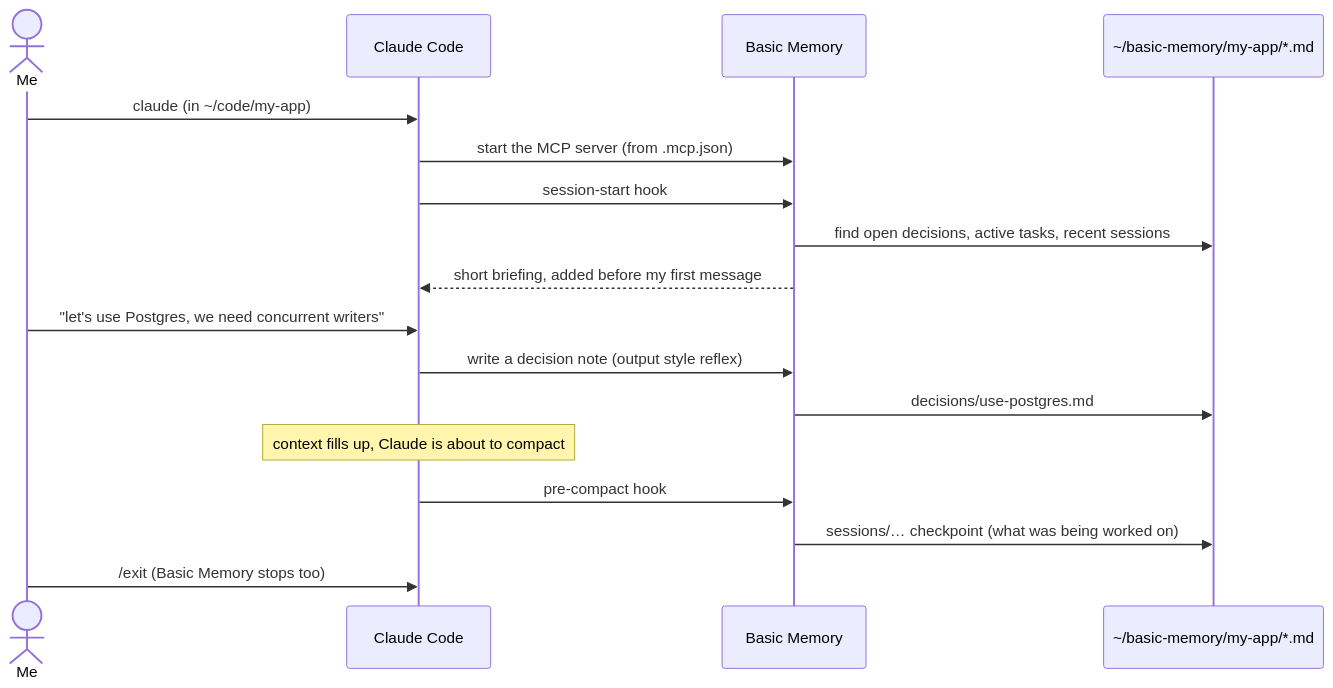
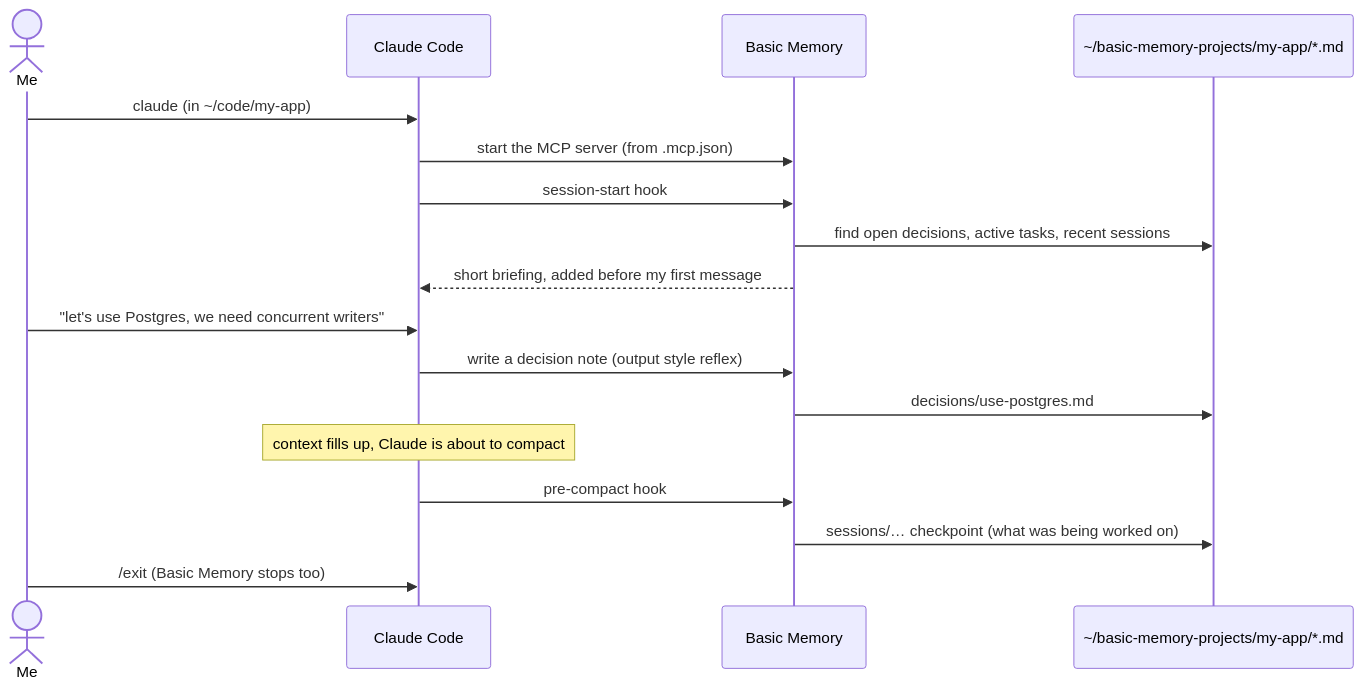
The fifth of 6 diagrams in README.md (milosanokklis-debug/new_ai_setup), drawn with Mermaid before and after one commit. The commit also changed other lines of this file and 5 other files, not shown here.

````diff
--- a/README.md
+++ b/README.md
@@ -186,20 +186,20 @@
 ```mermaid
 sequenceDiagram
     actor Me
     participant CC as Claude Code
     participant BM as Basic Memory
-    participant N as ~/basic-memory/my-app/*.md
+    participant N as ~/basic-memory-projects/my-app/*.md
 
     Me->>CC: claude (in ~/code/my-app)
     CC->>BM: start the MCP server (from .mcp.json)
     CC->>BM: session-start hook
     BM->>N: find open decisions, active tasks, recent sessions
     BM-->>CC: short briefing, added before my first message
     Me->>CC: "let's use Postgres, we need concurrent writers"
     CC->>BM: write a decision note (output style reflex)
     BM->>N: decisions/use-postgres.md
     Note over CC: context fills up, Claude is about to compact
     CC->>BM: pre-compact hook
     BM->>N: sessions/… checkpoint (what was being worked on)
     Me->>CC: /exit (Basic Memory stops too)
 ```
````
